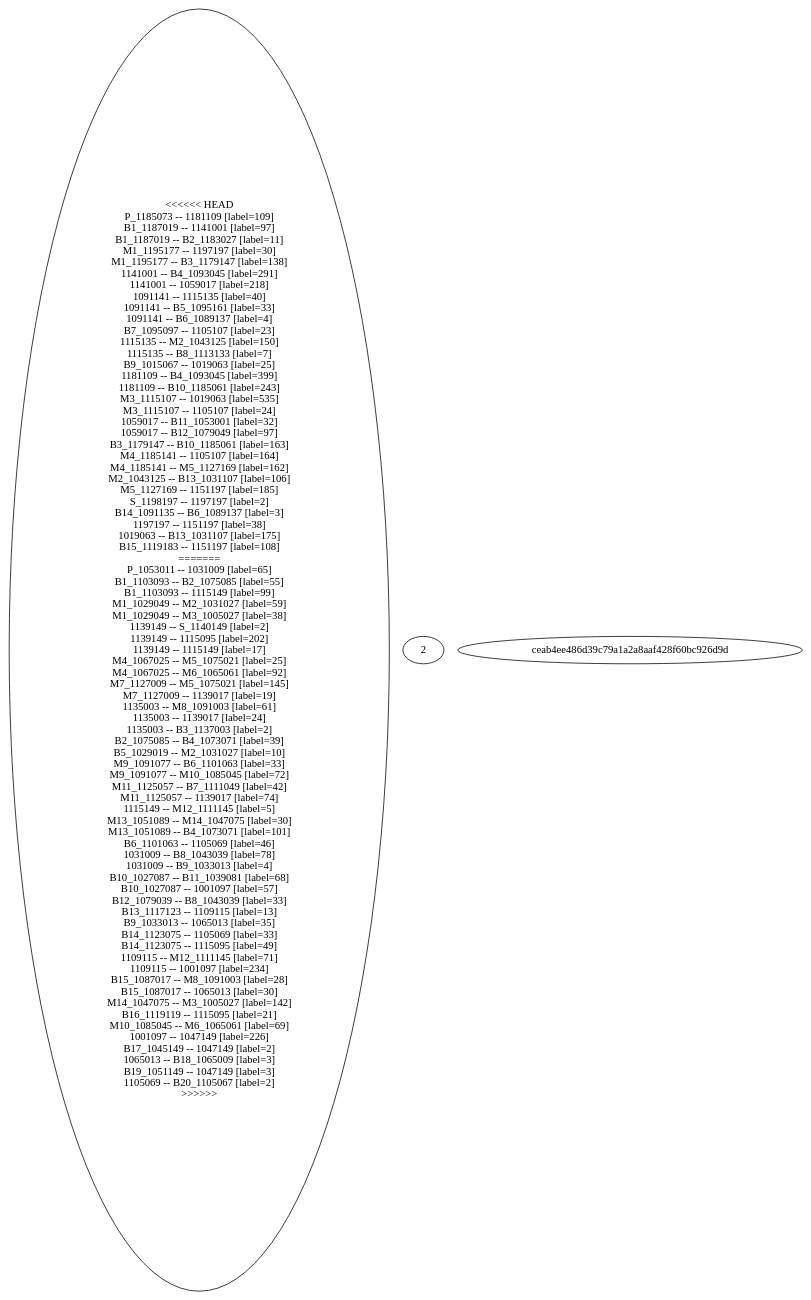
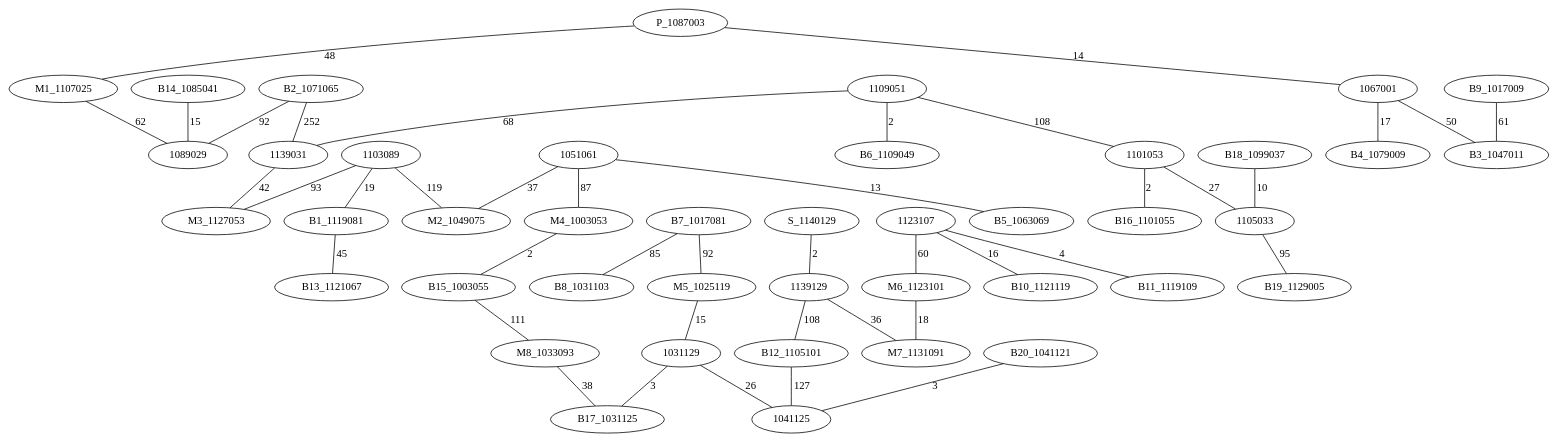
Before and after one commit to AsmNoob/Labyrinthe: the diagram in Graph.dot, drawn with Graphviz. The commit also changed 3 other files, not shown here.

```diff
--- a/Graph.dot
+++ b/Graph.dot
@@ -1,83 +1,45 @@
 graph chemin {
 
-<<<<<<< HEAD
-	P_1185073 -- 1181109 [label=109]
-	B1_1187019 -- 1141001 [label=97]
-	B1_1187019 -- B2_1183027 [label=11]
-	M1_1195177 -- 1197197 [label=30]
-	M1_1195177 -- B3_1179147 [label=138]
-	1141001 -- B4_1093045 [label=291]
-	1141001 -- 1059017 [label=218]
-	1091141 -- 1115135 [label=40]
-	1091141 -- B5_1095161 [label=33]
-	1091141 -- B6_1089137 [label=4]
-	B7_1095097 -- 1105107 [label=23]
-	1115135 -- M2_1043125 [label=150]
-	1115135 -- B8_1113133 [label=7]
-	B9_1015067 -- 1019063 [label=25]
-	1181109 -- B4_1093045 [label=399]
-	1181109 -- B10_1185061 [label=243]
-	M3_1115107 -- 1019063 [label=535]
-	M3_1115107 -- 1105107 [label=24]
-	1059017 -- B11_1053001 [label=32]
-	1059017 -- B12_1079049 [label=97]
-	B3_1179147 -- B10_1185061 [label=163]
-	M4_1185141 -- 1105107 [label=164]
-	M4_1185141 -- M5_1127169 [label=162]
-	M2_1043125 -- B13_1031107 [label=106]
-	M5_1127169 -- 1151197 [label=185]
-	S_1198197 -- 1197197 [label=2]
-	B14_1091135 -- B6_1089137 [label=3]
-	1197197 -- 1151197 [label=38]
-	1019063 -- B13_1031107 [label=175]
-	B15_1119183 -- 1151197 [label=108]
-=======
-	P_1053011 -- 1031009 [label=65]
-	B1_1103093 -- B2_1075085 [label=55]
-	B1_1103093 -- 1115149 [label=99]
-	M1_1029049 -- M2_1031027 [label=59]
-	M1_1029049 -- M3_1005027 [label=38]
-	1139149 -- S_1140149 [label=2]
-	1139149 -- 1115095 [label=202]
-	1139149 -- 1115149 [label=17]
-	M4_1067025 -- M5_1075021 [label=25]
-	M4_1067025 -- M6_1065061 [label=92]
-	M7_1127009 -- M5_1075021 [label=145]
-	M7_1127009 -- 1139017 [label=19]
-	1135003 -- M8_1091003 [label=61]
-	1135003 -- 1139017 [label=24]
-	1135003 -- B3_1137003 [label=2]
-	B2_1075085 -- B4_1073071 [label=39]
-	B5_1029019 -- M2_1031027 [label=10]
-	M9_1091077 -- B6_1101063 [label=33]
-	M9_1091077 -- M10_1085045 [label=72]
-	M11_1125057 -- B7_1111049 [label=42]
-	M11_1125057 -- 1139017 [label=74]
-	1115149 -- M12_1111145 [label=5]
-	M13_1051089 -- M14_1047075 [label=30]
-	M13_1051089 -- B4_1073071 [label=101]
-	B6_1101063 -- 1105069 [label=46]
-	1031009 -- B8_1043039 [label=78]
-	1031009 -- B9_1033013 [label=4]
-	B10_1027087 -- B11_1039081 [label=68]
-	B10_1027087 -- 1001097 [label=57]
-	B12_1079039 -- B8_1043039 [label=33]
-	B13_1117123 -- 1109115 [label=13]
-	B9_1033013 -- 1065013 [label=35]
-	B14_1123075 -- 1105069 [label=33]
-	B14_1123075 -- 1115095 [label=49]
-	1109115 -- M12_1111145 [label=71]
-	1109115 -- 1001097 [label=234]
-	B15_1087017 -- M8_1091003 [label=28]
-	B15_1087017 -- 1065013 [label=30]
-	M14_1047075 -- M3_1005027 [label=142]
-	B16_1119119 -- 1115095 [label=21]
-	M10_1085045 -- M6_1065061 [label=69]
-	1001097 -- 1047149 [label=226]
-	B17_1045149 -- 1047149 [label=2]
-	1065013 -- B18_1065009 [label=3]
-	B19_1051149 -- 1047149 [label=3]
-	1105069 -- B20_1105067 [label=2]
->>>>>>> 2ceab4ee486d39c79a1a2a8aaf428f60bc926d9d
+	P_1087003 -- M1_1107025 [label=48]
+	P_1087003 -- 1067001 [label=14]
+	1103089 -- B1_1119081 [label=19]
+	1103089 -- M2_1049075 [label=119]
+	1103089 -- M3_1127053 [label=93]
+	B2_1071065 -- 1089029 [label=92]
+	B2_1071065 -- 1139031 [label=252]
+	1067001 -- B3_1047011 [label=50]
+	1067001 -- B4_1079009 [label=17]
+	1051061 -- M2_1049075 [label=37]
+	1051061 -- M4_1003053 [label=87]
+	1051061 -- B5_1063069 [label=13]
+	S_1140129 -- 1139129 [label=2]
+	1109051 -- B6_1109049 [label=2]
+	1109051 -- 1139031 [label=68]
+	1109051 -- 1101053 [label=108]
+	B7_1017081 -- M5_1025119 [label=92]
+	B7_1017081 -- B8_1031103 [label=85]
+	B9_1017009 -- B3_1047011 [label=61]
+	1123107 -- B10_1121119 [label=16]
+	1123107 -- M6_1123101 [label=60]
+	1123107 -- B11_1119109 [label=4]
+	1139129 -- M7_1131091 [label=36]
+	1139129 -- B12_1105101 [label=108]
+	M6_1123101 -- M7_1131091 [label=18]
+	B1_1119081 -- B13_1121067 [label=45]
+	1139031 -- M3_1127053 [label=42]
+	B14_1085041 -- 1089029 [label=15]
+	B12_1105101 -- 1041125 [label=127]
+	M5_1025119 -- 1031129 [label=15]
+	M4_1003053 -- B15_1003055 [label=2]
+	B15_1003055 -- M8_1033093 [label=111]
+	1101053 -- 1105033 [label=27]
+	1101053 -- B16_1101055 [label=2]
+	M1_1107025 -- 1089029 [label=62]
+	M8_1033093 -- B17_1031125 [label=38]
+	B18_1099037 -- 1105033 [label=10]
+	1105033 -- B19_1129005 [label=95]
+	1031129 -- B17_1031125 [label=3]
+	1031129 -- 1041125 [label=26]
+	B20_1041121 -- 1041125 [label=3]
 
 }
```
